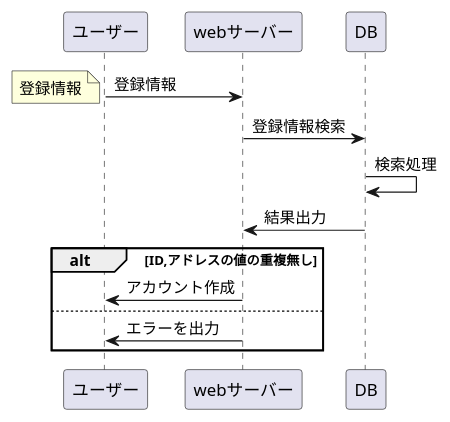
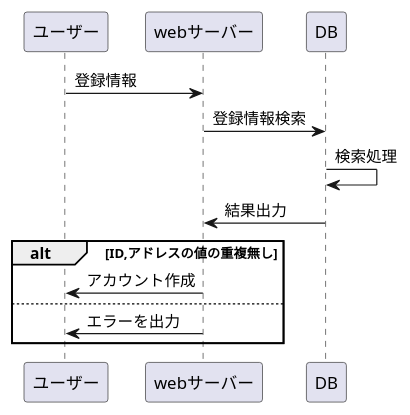
Before and after one commit to Aso2001159/2021sys-design: the diagram in sample-frow.md, drawn with PlantUML.

```diff
--- a/sample-frow.md
+++ b/sample-frow.md
@@ -1,12 +1,11 @@
 @startuml
   ユーザー -> webサーバー : 登録情報
-  note left : 登録情報
   webサーバー -> DB : 登録情報検索
   DB -> DB : 検索処理
   DB -> webサーバー : 結果出力
   alt ID,アドレスの値の重複無し
   webサーバー -> ユーザー : アカウント作成
   else
   webサーバー -> ユーザー : エラーを出力
   end
 @enduml
```
